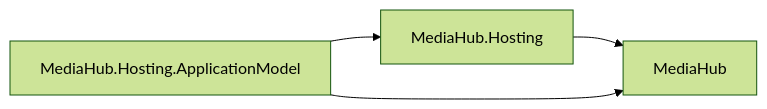
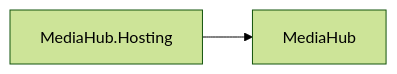
Diagram 20 of 27 in docs/DEPENDENCIES.md (assimalign/cohesion), drawn with Mermaid (forest theme) before and after one commit. The commit also changed other lines of this file and 144 other files, not shown here.

First line of the commit message:
feat(fabric): add the fabric/ root with base application-model contracts

````diff
--- a/docs/DEPENDENCIES.md
+++ b/docs/DEPENDENCIES.md
@@ -832,9 +845,6 @@
 ```mermaid
 flowchart LR
     N0["MediaHub"]
     N1["MediaHub.Hosting"]
-    N2["MediaHub.Hosting.ApplicationModel"]
     N1 --> N0
-    N2 --> N0
-    N2 --> N1
 ```
````
